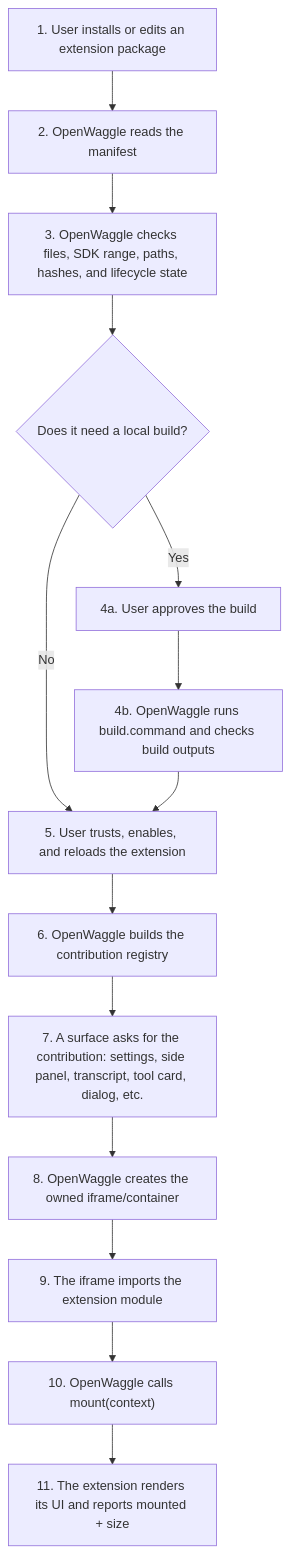
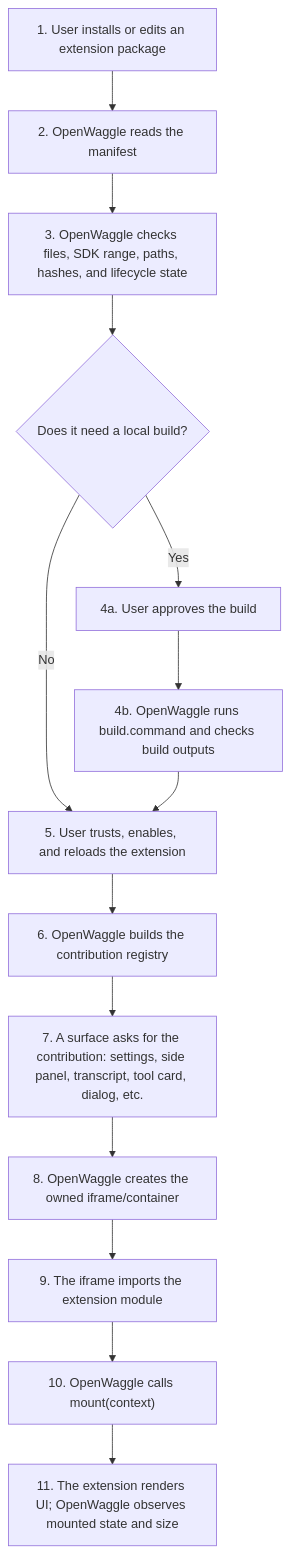
One commit to OpenWaggle/OpenWaggle changed the diagram in website/src/content/docs/extending/openwaggle-extensions.md. Above: the diagram before and after it, drawn with Mermaid. The commit also changed other lines of this file and 114 other files, not shown here.

Commit message:
Extend OpenWaggle extension host runtime

````diff
--- a/website/src/content/docs/extending/openwaggle-extensions.md
+++ b/website/src/content/docs/extending/openwaggle-extensions.md
@@ -35,16 +141,16 @@
 ```mermaid
 flowchart TD
   A["1. User installs or edits an extension package"] --> B["2. OpenWaggle reads the manifest"]
   B --> C["3. OpenWaggle checks files, SDK range, paths, hashes, and lifecycle state"]
   C --> D{"Does it need a local build?"}
   D -- "Yes" --> E["4a. User approves the build"]
   E --> F["4b. OpenWaggle runs build.command and checks build outputs"]
   D -- "No" --> G["5. User trusts, enables, and reloads the extension"]
   F --> G
   G --> H["6. OpenWaggle builds the contribution registry"]
   H --> I["7. A surface asks for the contribution: settings, side panel, transcript, tool card, dialog, etc."]
   I --> J["8. OpenWaggle creates the owned iframe/container"]
   J --> K["9. The iframe imports the extension module"]
   K --> L["10. OpenWaggle calls mount(context)"]
-  L --> M["11. The extension renders its UI and reports mounted + size"]
+  L --> M["11. The extension renders UI; OpenWaggle observes mounted state and size"]
 ```
````
